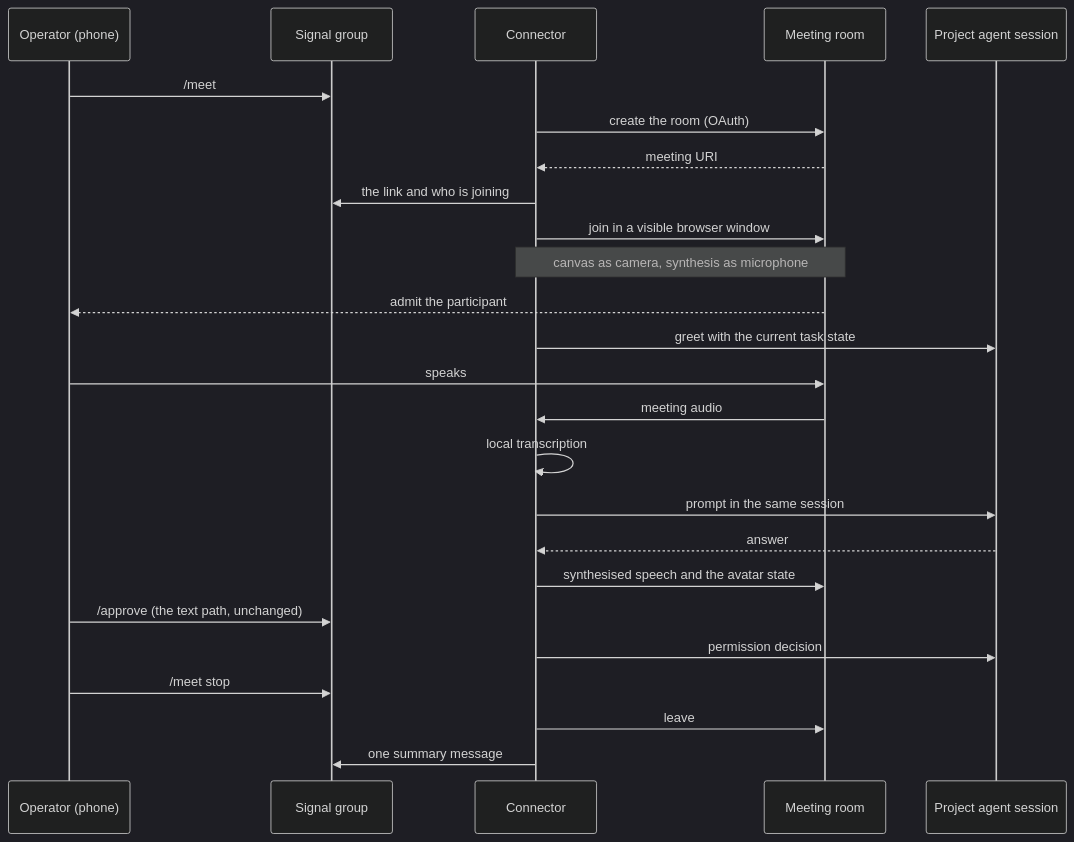
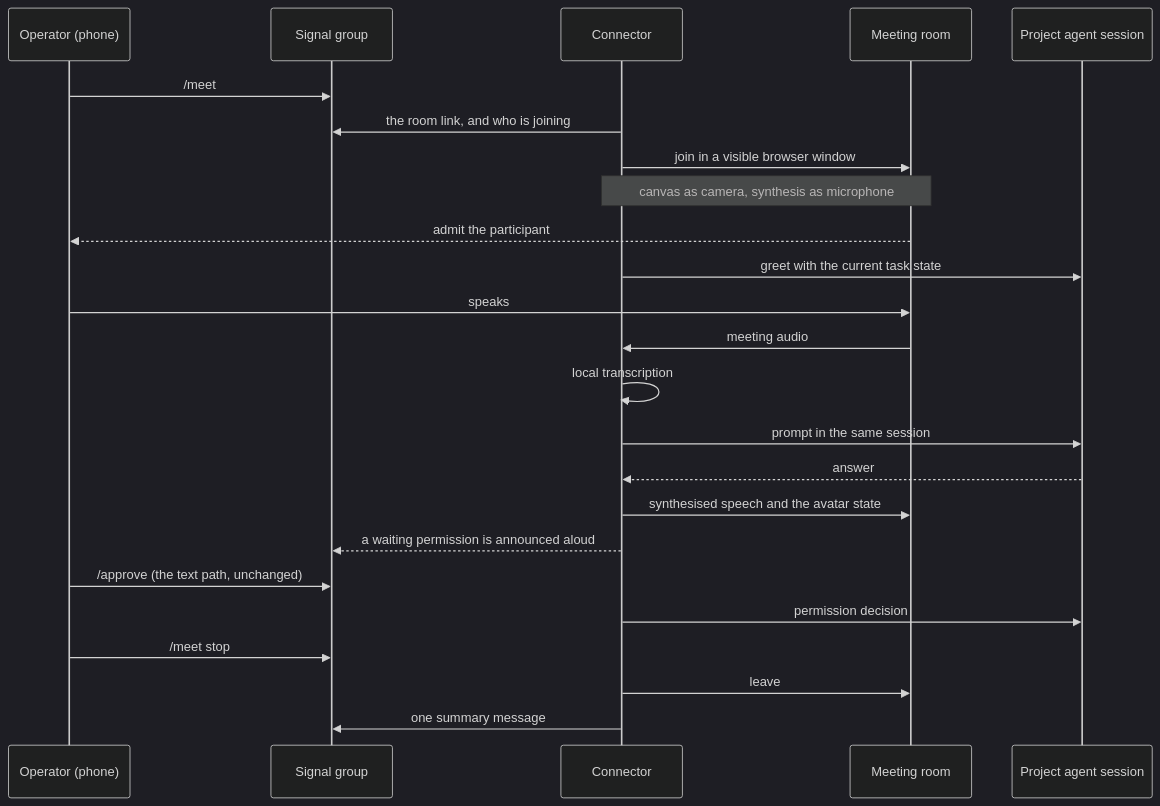
The first of 2 diagrams in _bmad-output/initiative-signal-connector/spec-avatar-meeting/meeting-flow.md (snitsars/signal-connector), drawn with Mermaid (dark theme) before and after one commit. The commit also changed other lines of this file and 3 other files, not shown here.

First line of the commit message:
docs(bmad): fix the meeting to one room with rejoin

````diff
--- a/_bmad-output/initiative-signal-connector/spec-avatar-meeting/meeting-flow.md
+++ b/_bmad-output/initiative-signal-connector/spec-avatar-meeting/meeting-flow.md
@@ -34,28 +32,27 @@
 ```mermaid
 sequenceDiagram
   participant Op as Operator (phone)
   participant S as Signal group
   participant C as Connector
   participant G as Meeting room
   participant A as Project agent session
 
   Op->>S: /meet
-  C->>G: create the room (OAuth)
-  G-->>C: meeting URI
-  C->>S: the link and who is joining
+  C->>S: the room link, and who is joining
   C->>G: join in a visible browser window
   Note over C,G: canvas as camera, synthesis as microphone
   G-->>Op: admit the participant
   C->>A: greet with the current task state
   Op->>G: speaks
   G->>C: meeting audio
   C->>C: local transcription
   C->>A: prompt in the same session
   A-->>C: answer
   C->>G: synthesised speech and the avatar state
+  C-->>S: a waiting permission is announced aloud
   Op->>S: /approve (the text path, unchanged)
   C->>A: permission decision
   Op->>S: /meet stop
   C->>G: leave
   C->>S: one summary message
 ```
````
